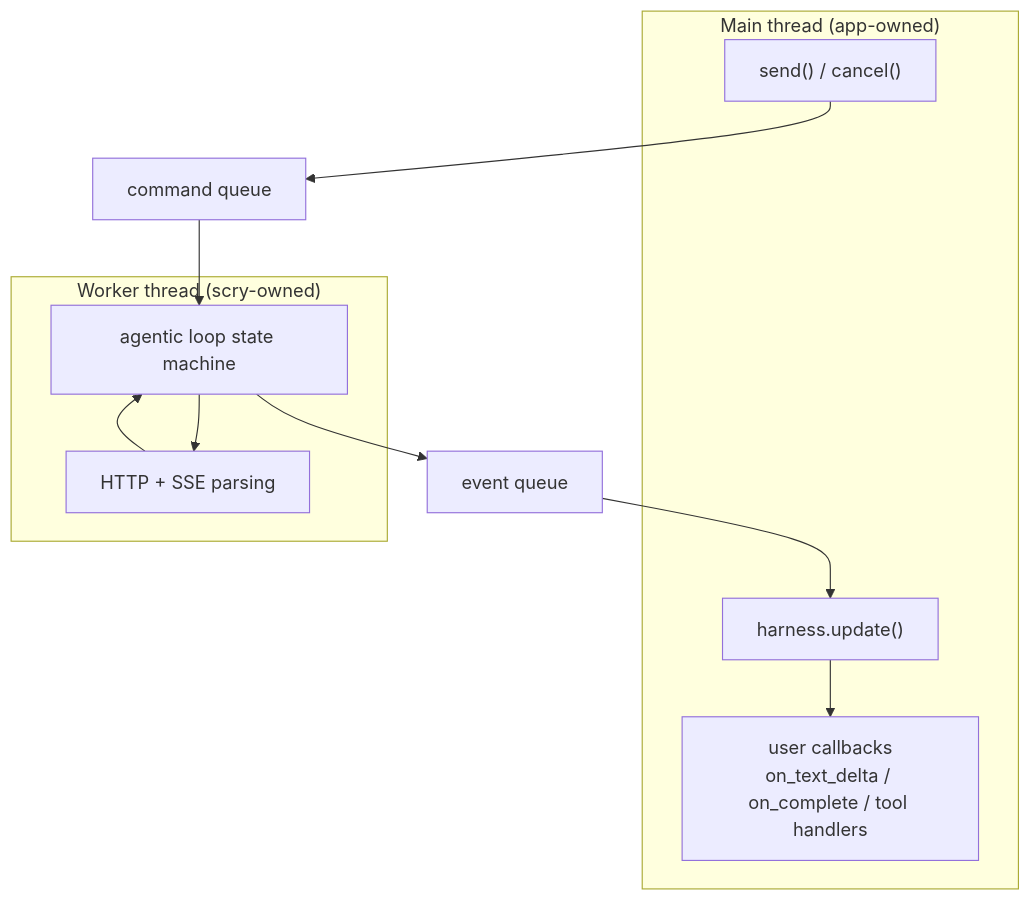
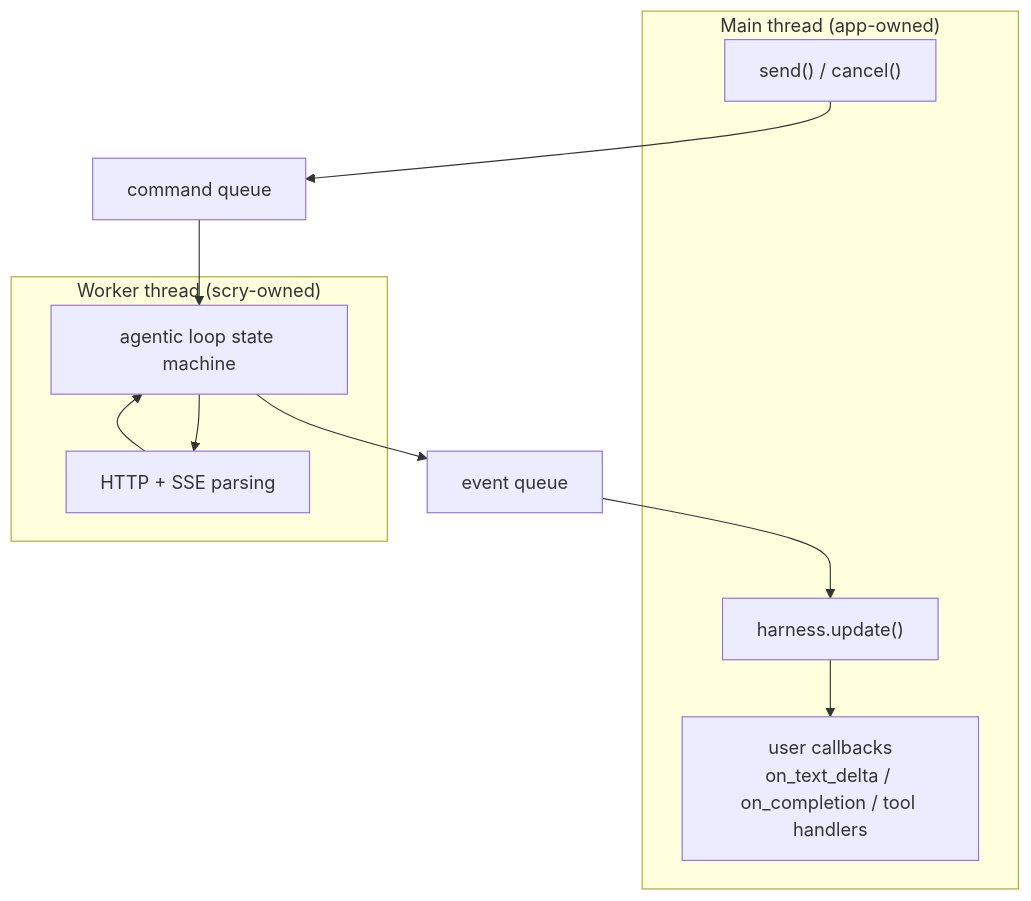
Before and after one commit to crybo-rybo/scry: the third of 3 diagrams in DESIGN.md, drawn with Mermaid. The commit also changed other lines of this file and 24 other files, not shown here.

````diff
--- a/DESIGN.md
+++ b/DESIGN.md
@@ -188,19 +188,19 @@
 ```mermaid
 graph TB
     subgraph MT["Main thread (app-owned)"]
         U["harness.update()"]
-        CB["user callbacks<br/>on_text_delta / on_complete / tool handlers"]
+        CB["user callbacks<br/>on_text_delta / on_completion / tool handlers"]
         S["send() / cancel()"]
     end
     subgraph WT["Worker thread (scry-owned)"]
         HTTP["HTTP + SSE parsing"]
         AL["agentic loop state machine"]
     end
     EQ["event queue"]
     CQ["command queue"]
 
     S --> CQ --> AL
     AL --> HTTP
     HTTP --> AL
     AL --> EQ --> U --> CB
 ```
````
